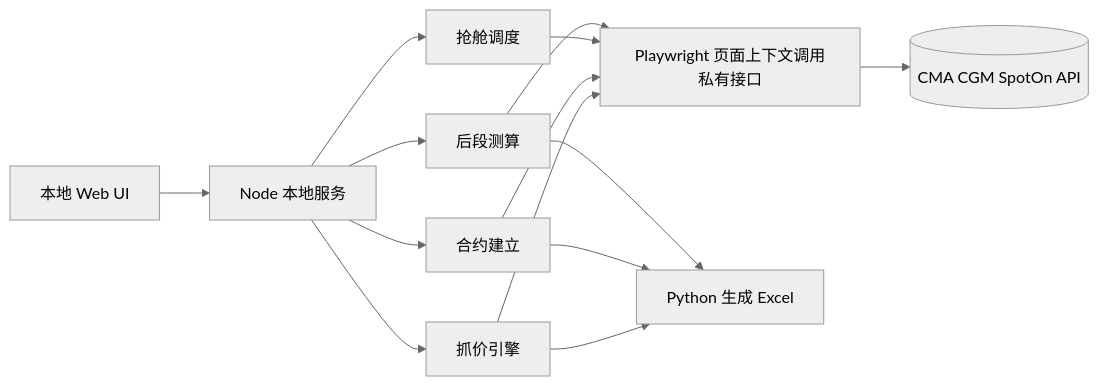
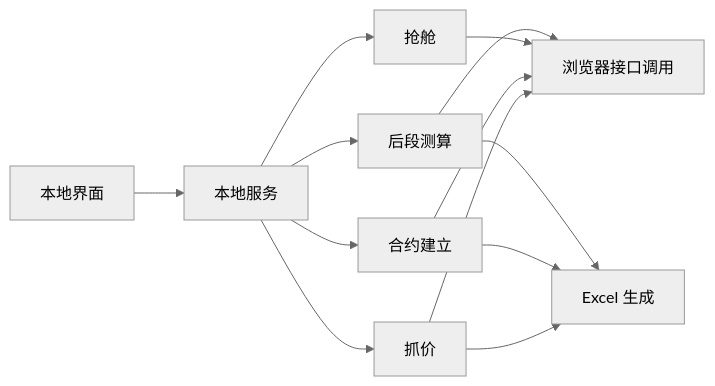
The diagram in README.md (Akash1QWQ/cma-spoton-suite), drawn with Mermaid (neutral theme) before and after one commit. The commit also changed other lines of this file, not shown here.

````diff
--- a/README.md
+++ b/README.md
@@ -24,16 +24,15 @@
 ```mermaid
 graph LR
-  A[本地 Web UI] --> B[Node 本地服务]
-  B --> C[抓价引擎]
-  B --> D[合约建立]
-  B --> E[抢舱调度]
-  B --> F[后段测算]
-  C --> G[Playwright 页面上下文调用私有接口]
-  D --> G
-  E --> G
-  F --> G
-  C --> H[Python 生成 Excel]
-  D --> H
-  F --> H
-  G --> I[(CMA CGM SpotOn API)]
+  UI[本地界面] --> S[本地服务]
+  S --> F[抓价]
+  S --> Q[合约建立]
+  S --> W[抢舱]
+  S --> I[后段测算]
+  F --> P[浏览器接口调用]
+  Q --> P
+  W --> P
+  I --> P
+  F --> X[Excel 生成]
+  Q --> X
+  I --> X
 ```
````
